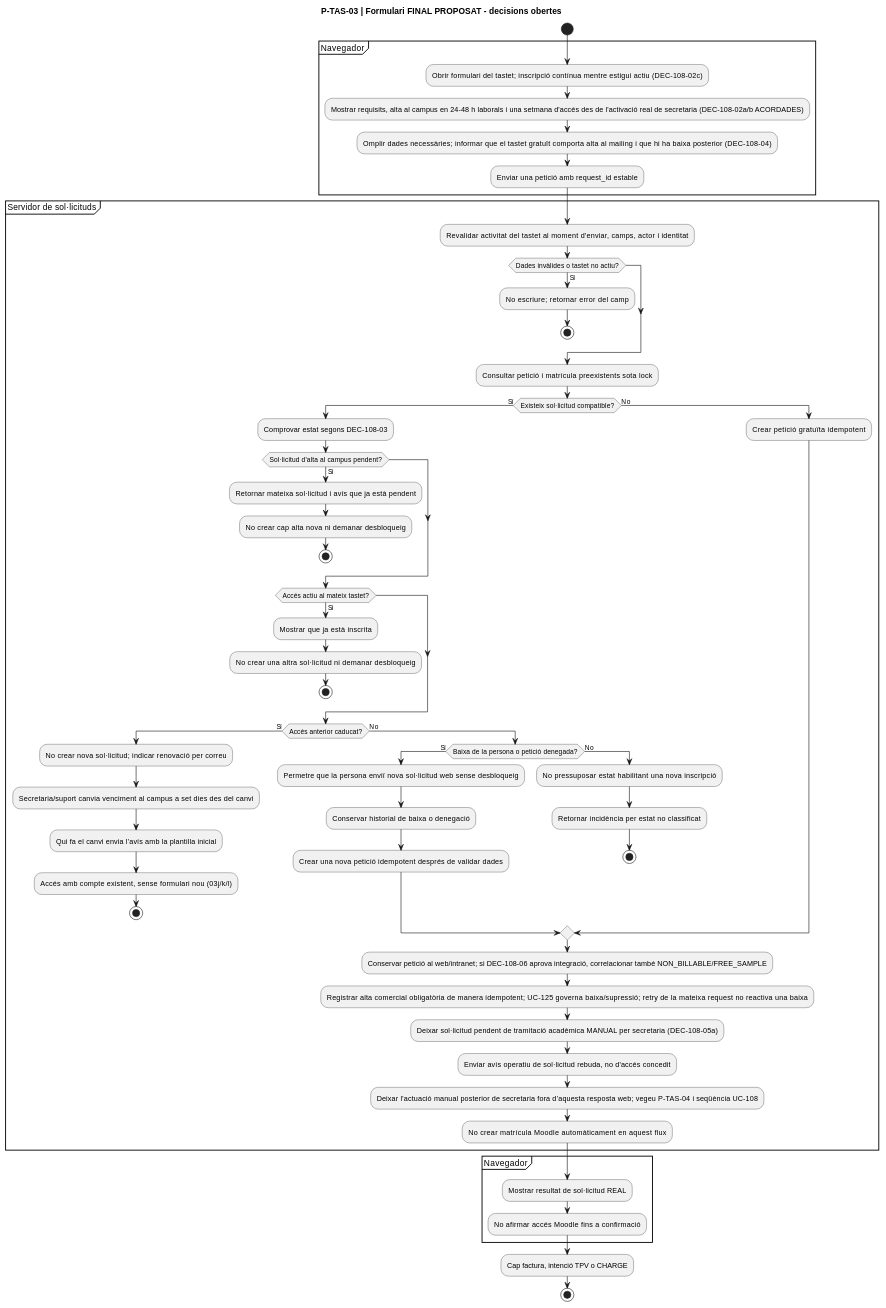
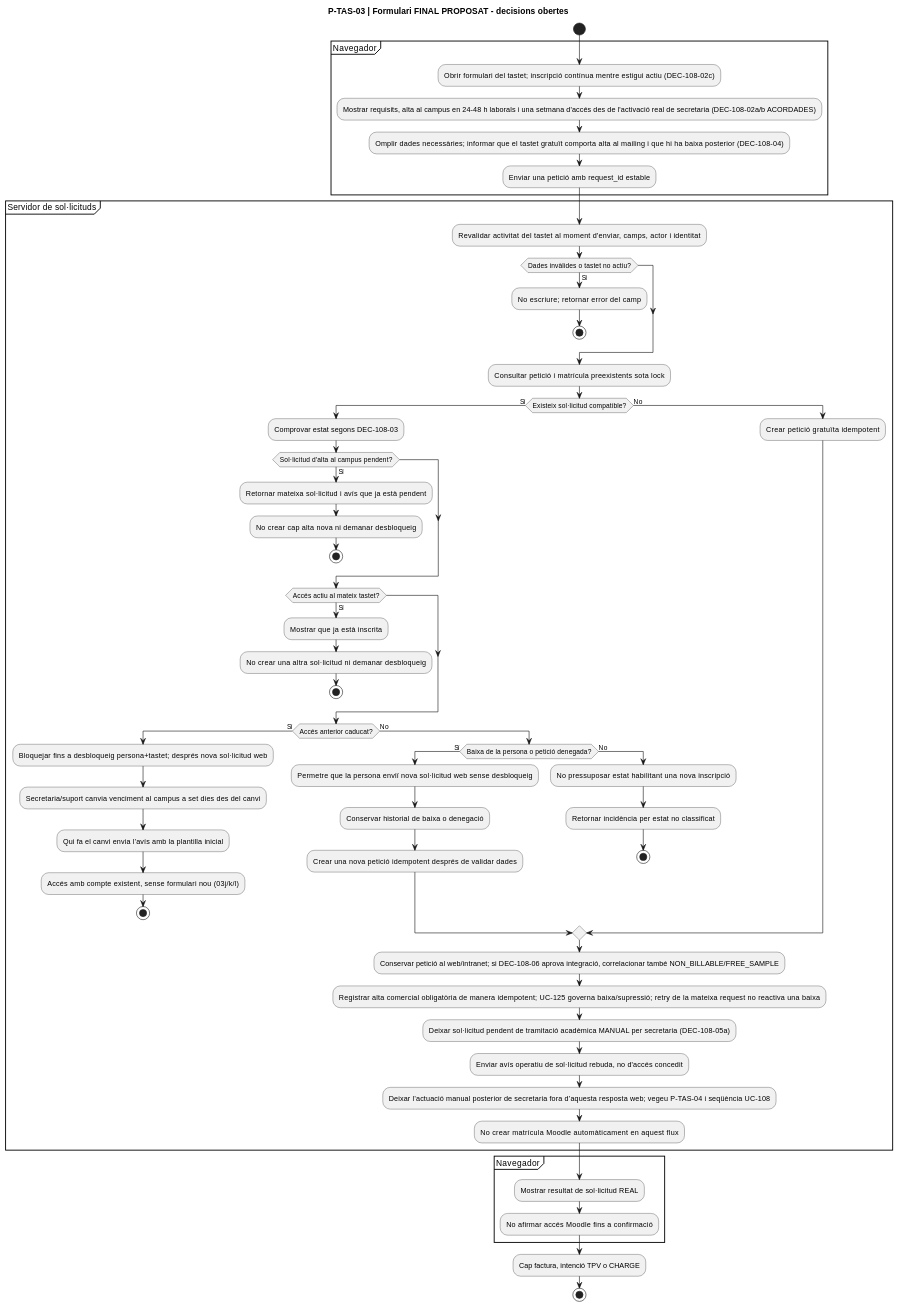
One commit to orgmeriemprismacat-del/verifactu changed diagram 16 of 32 in documentacio/07-uml-integrat/uc-108-activitats-pagines-tastets-actual-final.md. Above: the diagram before and after it, drawn with PlantUML. The commit also changed other lines of this file, not shown here.

````diff
--- a/documentacio/07-uml-integrat/uc-108-activitats-pagines-tastets-actual-final.md
+++ b/documentacio/07-uml-integrat/uc-108-activitats-pagines-tastets-actual-final.md
@@ -374,64 +374,64 @@
 ```plantuml
 @startuml
 title P-TAS-03 | Formulari FINAL PROPOSAT - decisions obertes
 start
 partition "Navegador" {
   :Obrir formulari del tastet; inscripció contínua mentre estigui actiu (DEC-108-02c);
   :Mostrar requisits, alta al campus en 24–48 h laborals i una setmana d'accés des de l'activació real de secretaria (DEC-108-02a/b ACORDADES);
   :Omplir dades necessàries; informar que el tastet gratuït comporta alta al mailing i que hi ha baixa posterior (DEC-108-04);
   :Enviar una petició amb request_id estable;
 }
 partition "Servidor de sol·licituds" {
   :Revalidar activitat del tastet al moment d'enviar, camps, actor i identitat;
   if (Dades invàlides o tastet no actiu?) then (Sí)
     :No escriure; retornar error del camp;
     stop
   endif
   :Consultar petició i matrícula preexistents sota lock;
   if (Existeix sol·licitud compatible?) then (Sí)
     :Comprovar estat segons DEC-108-03;
     if (Sol·licitud d'alta al campus pendent?) then (Sí)
       :Retornar mateixa sol·licitud i avís que ja està pendent;
       :No crear cap alta nova ni demanar desbloqueig;
       stop
     endif
     if (Accés actiu al mateix tastet?) then (Sí)
       :Mostrar que ja està inscrita;
       :No crear una altra sol·licitud ni demanar desbloqueig;
       stop
     endif
     if (Accés anterior caducat?) then (Sí)
-      :No crear nova sol·licitud; indicar renovació per correu;
+      :Bloquejar fins a desbloqueig persona+tastet; després nova sol·licitud web;
       :Secretaria/suport canvia venciment al campus a set dies des del canvi;
       :Qui fa el canvi envia l’avís amb la plantilla inicial;
       :Accés amb compte existent, sense formulari nou (03j/k/l);
       stop
     else (No)
       if (Baixa de la persona o petició denegada?) then (Sí)
         :Permetre que la persona enviï nova sol·licitud web sense desbloqueig;
         :Conservar historial de baixa o denegació;
         :Crear una nova petició idempotent després de validar dades;
       else (No)
         :No pressuposar estat habilitant una nova inscripció;
         :Retornar incidència per estat no classificat;
         stop
       endif
     endif
   else (No)
     :Crear petició gratuïta idempotent;
   endif
   :Conservar petició al web/intranet; si DEC-108-06 aprova integració, correlacionar també NON_BILLABLE/FREE_SAMPLE;
   :Registrar alta comercial obligatòria de manera idempotent; UC-125 governa baixa/supressió; retry de la mateixa request no reactiva una baixa;
   :Deixar sol·licitud pendent de tramitació acadèmica MANUAL per secretaria (DEC-108-05a);
   :Enviar avís operatiu de sol·licitud rebuda, no d'accés concedit;
   :Deixar l’actuació manual posterior de secretaria fora d’aquesta resposta web; vegeu P-TAS-04 i seqüència UC-108;
   :No crear matrícula Moodle automàticament en aquest flux;
 }
 partition "Navegador" {
   :Mostrar resultat de sol·licitud REAL;
   :No afirmar accés Moodle fins a confirmació;
 }
 :Cap factura, intenció TPV o CHARGE;
 stop
 @enduml
 ```
````
